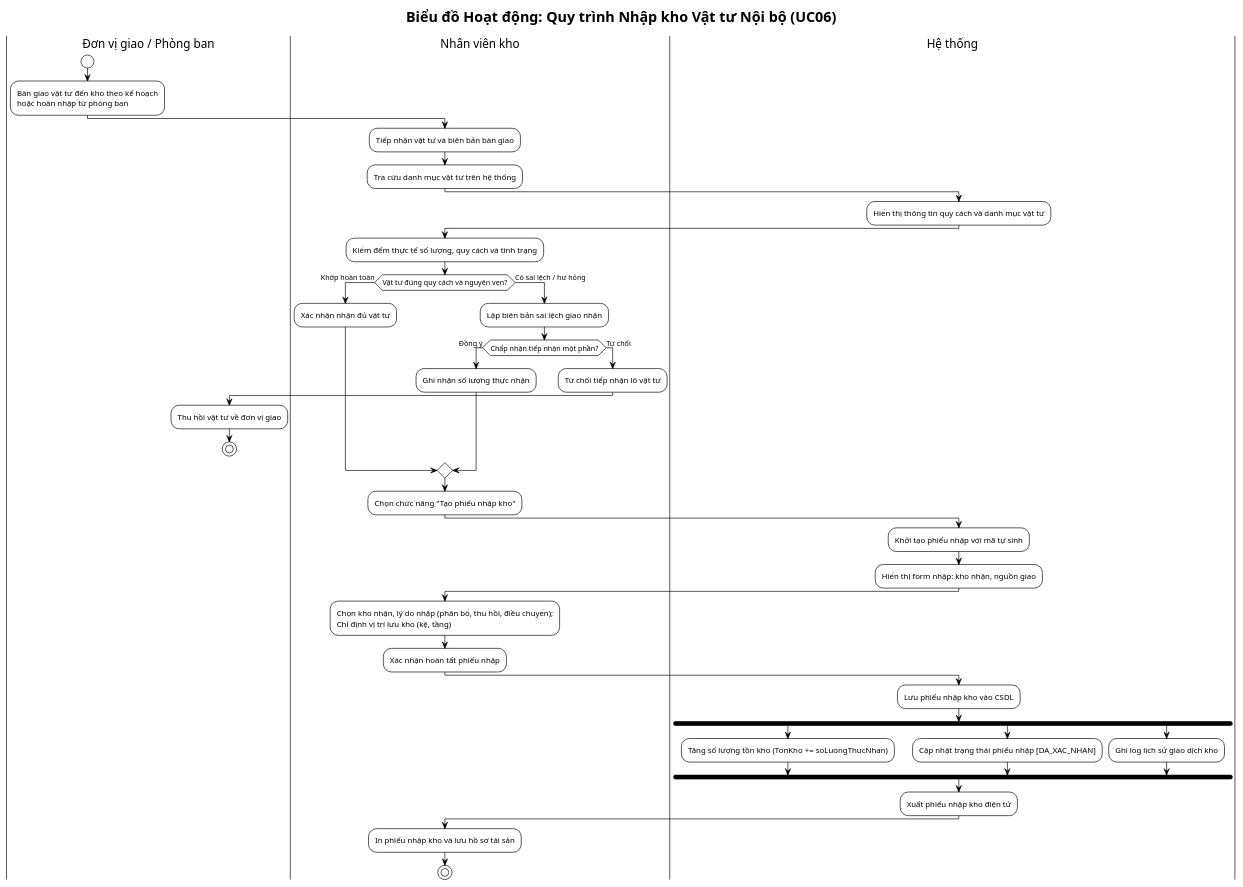
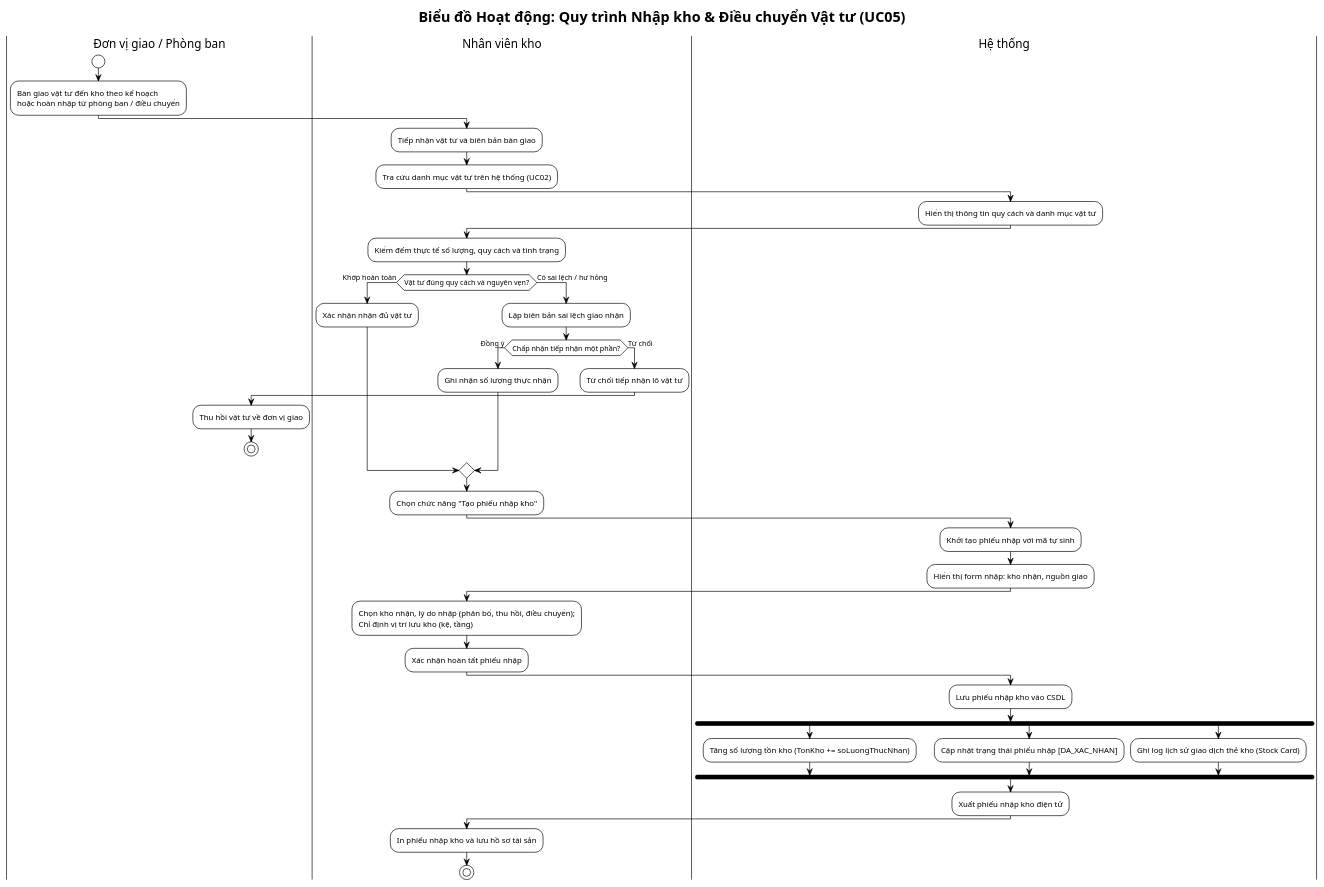
One commit to vuhoabinh2416137/G8_Quanlysanphamvakhohang changed the first of 4 diagrams in BTL-QuanLyKhoHang/plantuml/activity-diagrams.puml. Above: the diagram before and after it, drawn with PlantUML. The commit also changed other lines of this file and 26 other files, not shown here.

Commit message:
Chuan hoa 07 Use Case cot loi, cap nhat so do UML va tai lieu phan cong nhiem vu

```diff
--- a/BTL-QuanLyKhoHang/plantuml/activity-diagrams.puml
+++ b/BTL-QuanLyKhoHang/plantuml/activity-diagrams.puml
@@ -1,60 +1,60 @@
 @startuml activity-nhap-kho
 !theme plain
 skinparam defaultFontName "Arial"
-title Biểu đồ Hoạt động: Quy trình Nhập kho Vật tư Nội bộ (UC06)
+title Biểu đồ Hoạt động: Quy trình Nhập kho & Điều chuyển Vật tư (UC05)
 
 |Đơn vị giao / Phòng ban|
 start
-:Bàn giao vật tư đến kho theo kế hoạch\nhoặc hoàn nhập từ phòng ban;
+:Bàn giao vật tư đến kho theo kế hoạch\nhoặc hoàn nhập từ phòng ban / điều chuyển;
 
 |Nhân viên kho|
 :Tiếp nhận vật tư và biên bản bàn giao;
-:Tra cứu danh mục vật tư trên hệ thống;
+:Tra cứu danh mục vật tư trên hệ thống (UC02);
 
 |Hệ thống|
 :Hiển thị thông tin quy cách và danh mục vật tư;
 
 |Nhân viên kho|
 :Kiểm đếm thực tế số lượng, quy cách và tình trạng;
 
 if (Vật tư đúng quy cách và nguyên vẹn?) then (Khớp hoàn toàn)
     :Xác nhận nhận đủ vật tư;
 else (Có sai lệch / hư hỏng)
     :Lập biên bản sai lệch giao nhận;
     if (Chấp nhận tiếp nhận một phần?) then (Đồng ý)
         :Ghi nhận số lượng thực nhận;
     else (Từ chối)
         :Từ chối tiếp nhận lô vật tư;
         |Đơn vị giao / Phòng ban|
         :Thu hồi vật tư về đơn vị giao;
         stop
     endif
 endif
 
 |Nhân viên kho|
 :Chọn chức năng "Tạo phiếu nhập kho";
 
 |Hệ thống|
 :Khởi tạo phiếu nhập với mã tự sinh;
 :Hiển thị form nhập: kho nhận, nguồn giao;
 
 |Nhân viên kho|
 :Chọn kho nhận, lý do nhập (phân bổ, thu hồi, điều chuyển);\nChỉ định vị trí lưu kho (kệ, tầng);
 :Xác nhận hoàn tất phiếu nhập;
 
 |Hệ thống|
 :Lưu phiếu nhập kho vào CSDL;
 fork
     :Tăng số lượng tồn kho (TonKho += soLuongThucNhan);
 fork again
     :Cập nhật trạng thái phiếu nhập [DA_XAC_NHAN];
 fork again
-    :Ghi log lịch sử giao dịch kho;
+    :Ghi log lịch sử giao dịch thẻ kho (Stock Card);
 end fork
 
 :Xuất phiếu nhập kho điện tử;
 |Nhân viên kho|
 :In phiếu nhập kho và lưu hồ sơ tài sản;
 stop
 
 @enduml
```
